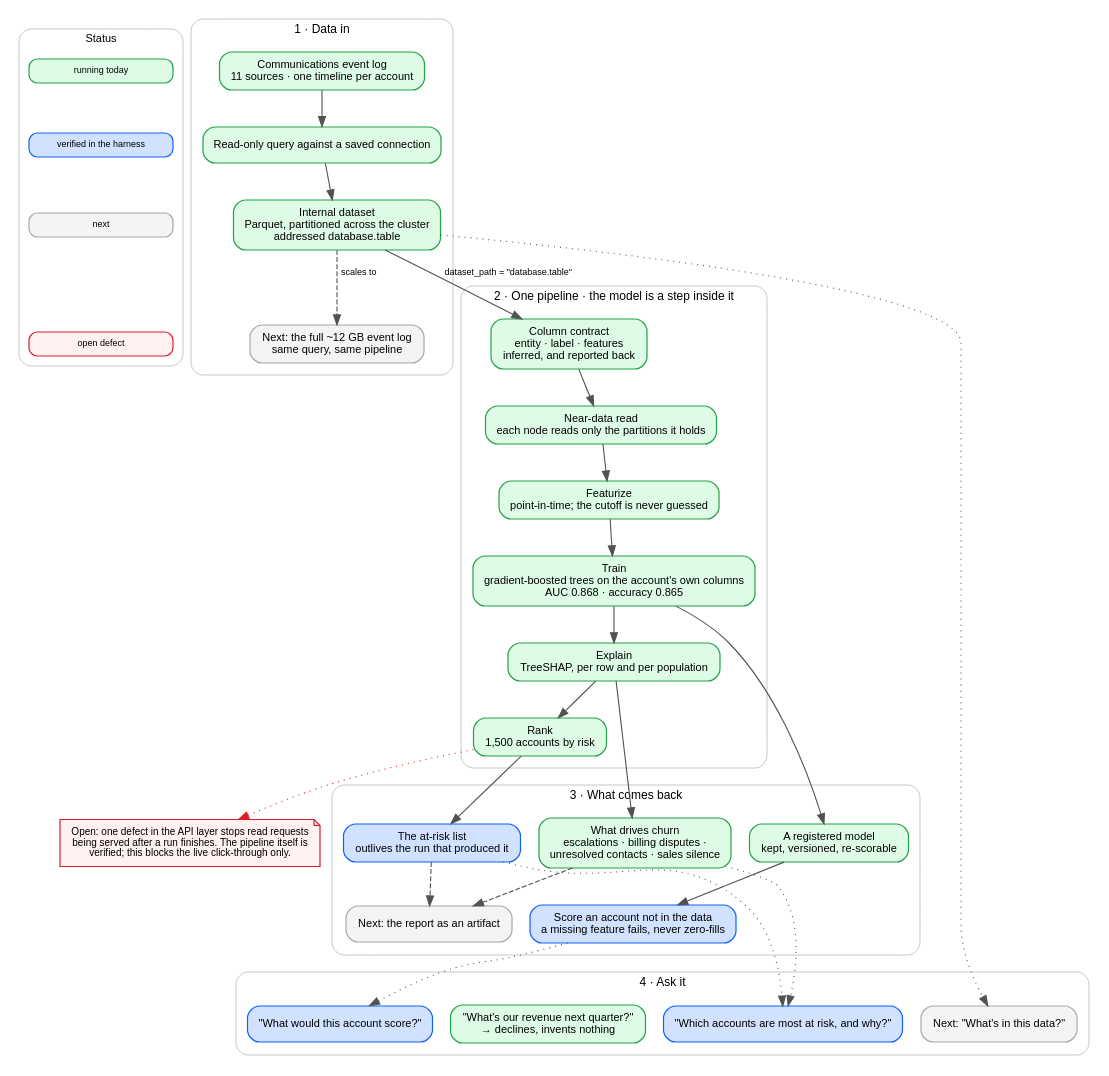
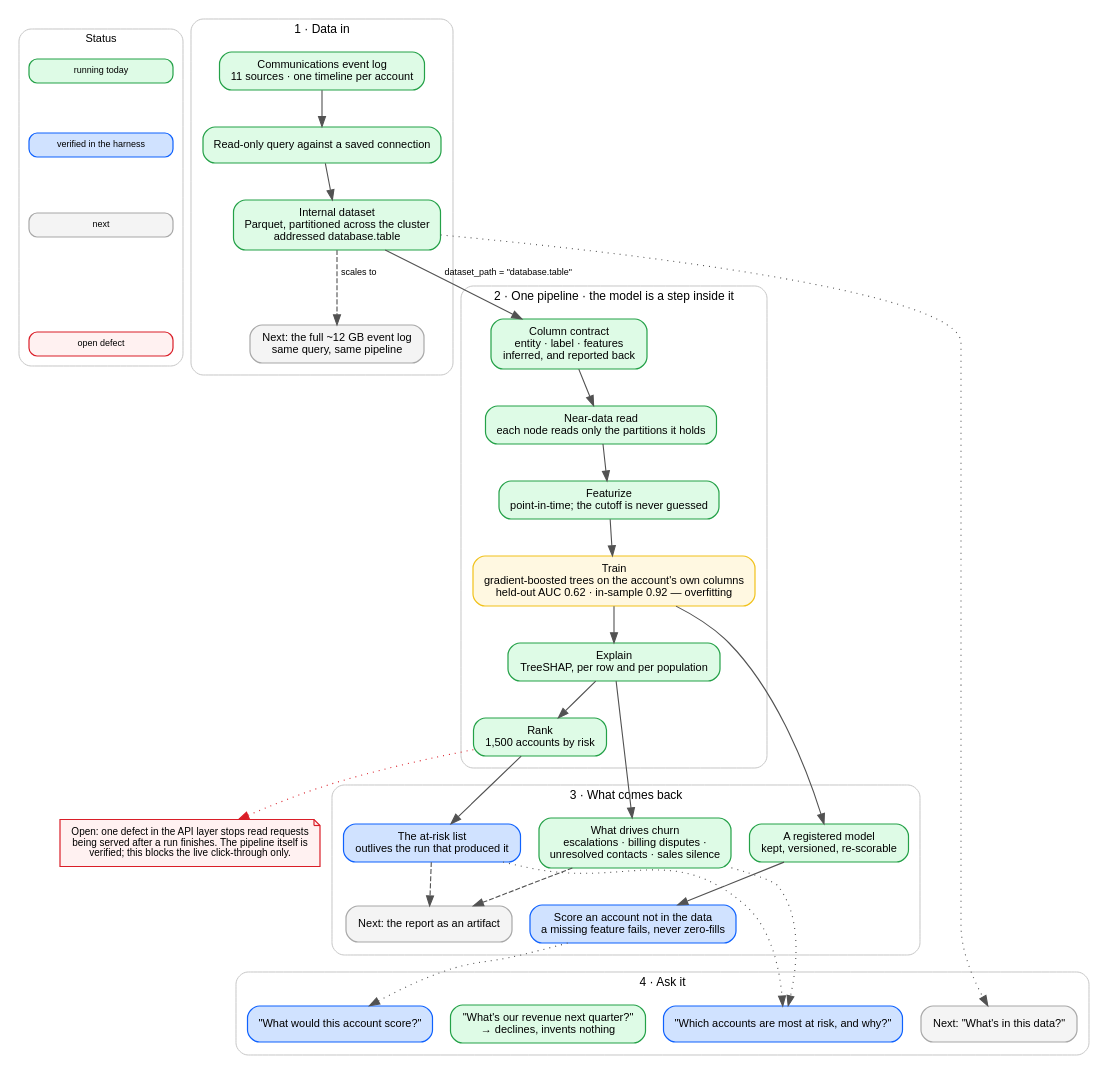
One commit to oramasearch/zetta changed the diagram in docs/reports/results/diagrams/motive-churn-flow.dot. Above: the diagram before and after it, drawn with Graphviz. The commit also changed 6 other files, not shown here.

```diff
--- a/docs/reports/results/diagrams/motive-churn-flow.dot
+++ b/docs/reports/results/diagrams/motive-churn-flow.dot
@@ -1,94 +1,94 @@
 // Motive churn — what the pipeline does today.
 //
 // Generated source for motive-churn-flow.svg. Render with:
 //   dot -Tsvg motive-churn-flow.dot -o motive-churn-flow.svg
 //
 // Colour is status, not decoration:
 //   green = running today   blue = built, verified in the test harness
 //   grey  = next            red  = open defect
 digraph motive_churn {
   rankdir=TB;
   bgcolor="white";
   fontname="IBM Plex Sans,Helvetica,Arial,sans-serif";
   node [fontname="IBM Plex Sans,Helvetica,Arial,sans-serif", fontsize=11,
         shape=box, style="rounded,filled", penwidth=1.2, margin="0.18,0.10"];
   edge [fontname="IBM Plex Sans,Helvetica,Arial,sans-serif", fontsize=9,
         color="#525252", penwidth=1.1];
 
   subgraph cluster_legend {
     label="Status"; fontsize=11; color="#c6c6c6"; style="rounded"; margin=10;
     node [shape=box, width=2.0, height=0.26, fontsize=9];
     L1 [label="running today", fillcolor="#defbe6", color="#24a148"];
     L2 [label="verified in the harness", fillcolor="#d0e2ff", color="#0f62fe"];
     L3 [label="next", fillcolor="#f4f4f4", color="#a8a8a8"];
     L4 [label="open defect", fillcolor="#fff1f1", color="#da1e28"];
     L1 -> L2 -> L3 -> L4 [style=invis];
   }
 
   subgraph cluster_in {
     label="1 · Data in"; fontsize=12; color="#c6c6c6"; style="rounded"; margin=12;
     src [label="Communications event log\n11 sources · one timeline per account",
          fillcolor="#defbe6", color="#24a148"];
     q [label="Read-only query against a saved connection",
        fillcolor="#defbe6", color="#24a148"];
     ds [label="Internal dataset\nParquet, partitioned across the cluster\naddressed database.table",
         fillcolor="#defbe6", color="#24a148"];
     scale [label="Next: the full ~12 GB event log\nsame query, same pipeline",
            fillcolor="#f4f4f4", color="#a8a8a8"];
     src -> q -> ds;
     ds -> scale [style=dashed, label="  scales to"];
   }
 
   subgraph cluster_pipe {
     label="2 · One pipeline · the model is a step inside it"; fontsize=12;
     color="#c6c6c6"; style="rounded"; margin=12;
     contract [label="Column contract\nentity · label · features\ninferred, and reported back",
               fillcolor="#defbe6", color="#24a148"];
     shard [label="Near-data read\neach node reads only the partitions it holds",
            fillcolor="#defbe6", color="#24a148"];
     feat [label="Featurize\npoint-in-time; the cutoff is never guessed",
           fillcolor="#defbe6", color="#24a148"];
-    train [label="Train\ngradient-boosted trees on the account's own columns\nAUC 0.868 · accuracy 0.865",
-           fillcolor="#defbe6", color="#24a148"];
+    train [label="Train\ngradient-boosted trees on the account's own columns\nheld-out AUC 0.62 · in-sample 0.92 — overfitting",
+           fillcolor="#fff8e1", color="#f1c21b"];
     shap [label="Explain\nTreeSHAP, per row and per population",
           fillcolor="#defbe6", color="#24a148"];
     rank [label="Rank\n1,500 accounts by risk",
           fillcolor="#defbe6", color="#24a148"];
     contract -> shard -> feat -> train -> shap -> rank;
   }
   ds -> contract [label="  dataset_path = \"database.table\""];
 
   subgraph cluster_out {
     label="3 · What comes back"; fontsize=12; color="#c6c6c6"; style="rounded"; margin=12;
     model [label="A registered model\nkept, versioned, re-scorable",
            fillcolor="#defbe6", color="#24a148"];
     drivers [label="What drives churn\nescalations · billing disputes ·\nunresolved contacts · sales silence",
              fillcolor="#defbe6", color="#24a148"];
     atrisk [label="The at-risk list\noutlives the run that produced it",
             fillcolor="#d0e2ff", color="#0f62fe"];
     infer [label="Score an account not in the data\na missing feature fails, never zero-fills",
            fillcolor="#d0e2ff", color="#0f62fe"];
     report [label="Next: the report as an artifact",
             fillcolor="#f4f4f4", color="#a8a8a8"];
     train -> model; shap -> drivers; rank -> atrisk; model -> infer;
     drivers -> report [style=dashed]; atrisk -> report [style=dashed];
   }
 
   subgraph cluster_ask {
     label="4 · Ask it"; fontsize=12; color="#c6c6c6"; style="rounded"; margin=12;
     q3 [label="\"Which accounts are most at risk, and why?\"",
         fillcolor="#d0e2ff", color="#0f62fe"];
     q2 [label="\"What would this account score?\"",
         fillcolor="#d0e2ff", color="#0f62fe"];
     q4 [label="\"What's our revenue next quarter?\"\n→ declines, invents nothing",
         fillcolor="#defbe6", color="#24a148"];
     q1 [label="Next: \"What's in this data?\"",
         fillcolor="#f4f4f4", color="#a8a8a8"];
   }
   atrisk -> q3 [style=dotted]; drivers -> q3 [style=dotted];
   infer -> q2 [style=dotted]; ds -> q1 [style=dotted];
 
   blocker [label="Open: one defect in the API layer stops read requests\nbeing served after a run finishes. The pipeline itself is\nverified; this blocks the live click-through only.",
            shape=note, fillcolor="#fff1f1", color="#da1e28", fontsize=10];
   rank -> blocker [style=dotted, color="#da1e28"];
 }
```
